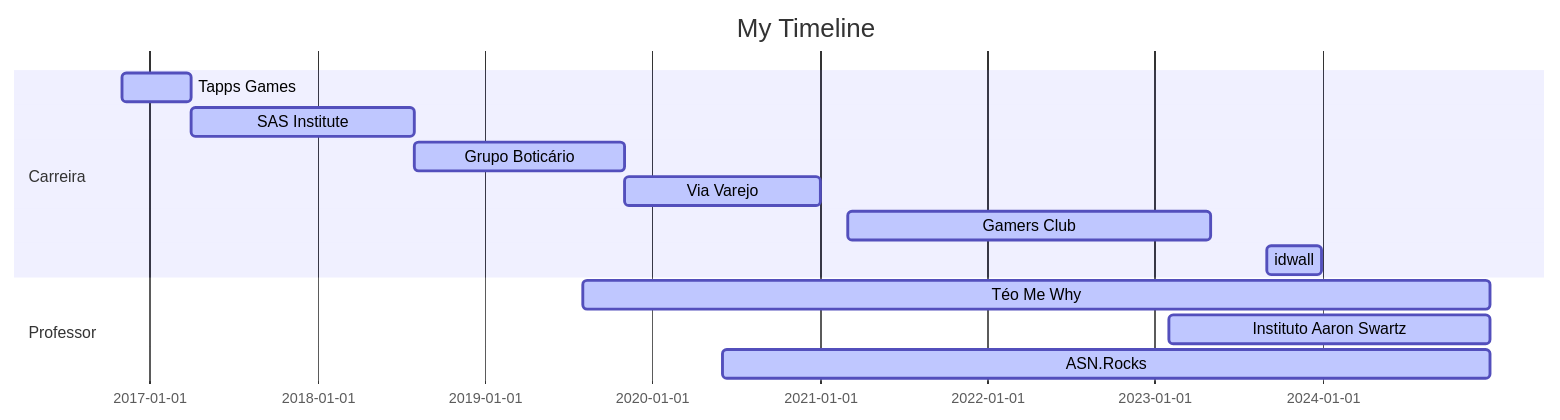
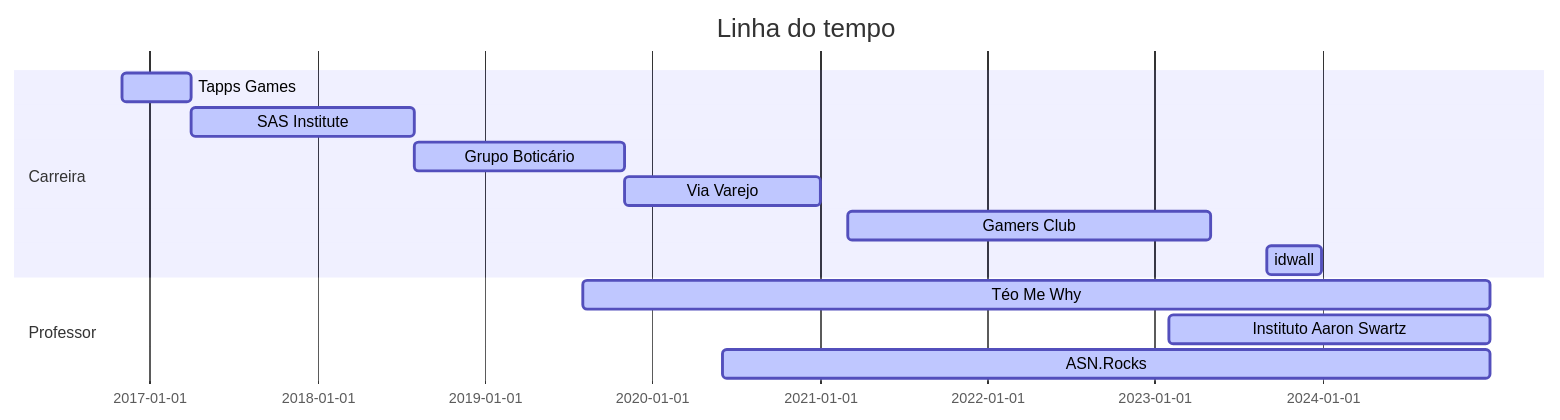
One commit to TeoCalvo/TeoCalvo changed the diagram in README.md. Above: the diagram before and after it, drawn with Mermaid.

````diff
--- a/README.md
+++ b/README.md
@@ -6,19 +6,19 @@
 ```mermaid
 
 gantt
 dateFormat  YYYY-MM-DD
-title My Timeline
+title Linha do tempo
 
 section Carreira
 Tapps Games           :active,, 2016-11-01,2017-04-01
 SAS Institute         :active,, 2017-04-01,2018-08-01
 Grupo Boticário       :active,, 2018-08-01,2019-11-01
 Via Varejo            :active,, 2019-11-01,2021-01-01
 Gamers Club           :active,, 2021-03-01,2023-05-01
 idwall                :active,, 2023-09-01,2023-12-31
 
 section Professor
 Téo Me Why             :active,, 2019-08-01,2024-12-31
 Instituto Aaron Swartz :active,, 2023-02-01,2024-12-31
 ASN.Rocks              :active,, 2020-06-01,2024-12-31
 ```
````
